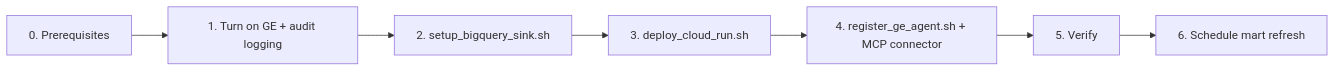
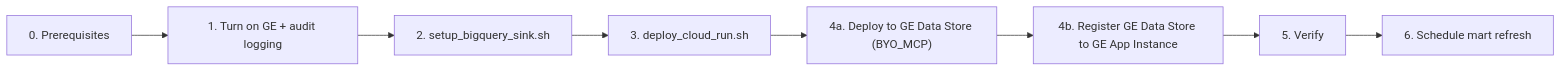
Before and after one commit to enriquekalven/vibe_lift_agent: the second of 2 diagrams in README.md, drawn with Mermaid. The commit also changed other lines of this file and 5 other files, not shown here.

Commit message:
Ensure MCP server deploys to Gemini Enterprise Data Store (BYO_MCP) and registers to GE App instance

````diff
--- a/README.md
+++ b/README.md
@@ -265,9 +265,10 @@
 ```mermaid
 flowchart LR
   P["0. Prerequisites"] --> L["1. Turn on GE + audit logging"]
   L --> B["2. setup_bigquery_sink.sh"]
   B --> D["3. deploy_cloud_run.sh"]
-  D --> R["4. register_ge_agent.sh + MCP connector"]
-  R --> V["5. Verify"]
+  D --> R1["4a. Deploy to GE Data Store (BYO_MCP)"]
+  R1 --> R2["4b. Register GE Data Store to GE App Instance"]
+  R2 --> V["5. Verify"]
   V --> S["6. Schedule mart refresh"]
 ```
````
